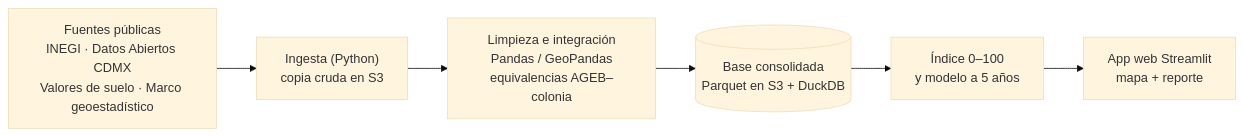
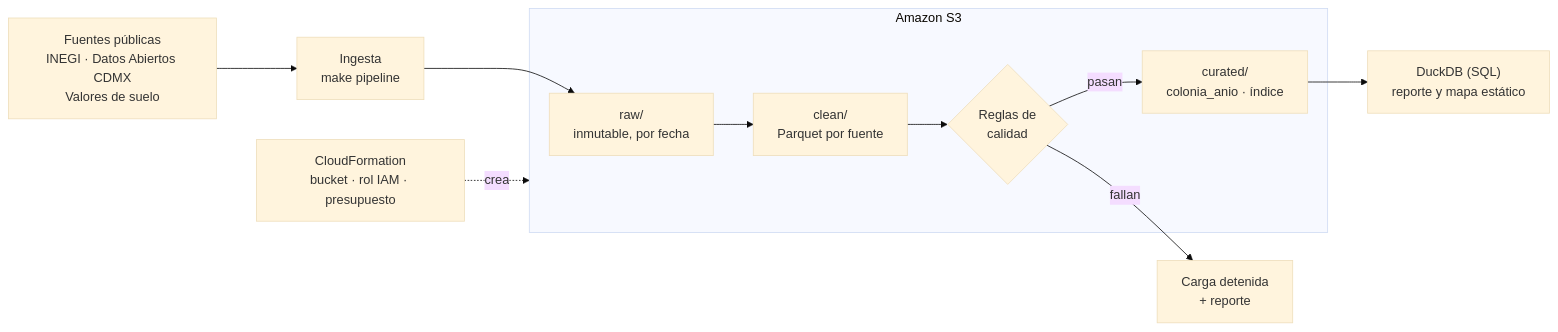
Before and after one commit to Recaclo/Temas_Selectos_Ingenieria_Equipo_4: the diagram in Doc/Consultoria/SOW.md, drawn with Mermaid (base theme). The commit also changed other lines of this file, not shown here.

````diff
--- a/Doc/Consultoria/SOW.md
+++ b/Doc/Consultoria/SOW.md
@@ -107,8 +139,13 @@
 ```mermaid
 flowchart LR
-    A["Fuentes públicas<br/>INEGI · Datos Abiertos CDMX<br/>Valores de suelo · Marco geoestadístico"] --> B["Ingesta (Python)<br/>copia cruda en S3"]
-    B --> C["Limpieza e integración<br/>Pandas / GeoPandas<br/>equivalencias AGEB–colonia"]
-    C --> D[("Base consolidada<br/>Parquet en S3 + DuckDB")]
-    D --> E["Índice 0–100<br/>y modelo a 5 años"]
-    E --> F["App web Streamlit<br/>mapa + reporte"]
+    CFN["CloudFormation<br/>bucket · rol IAM · presupuesto"] -.crea.-> S3
+    A["Fuentes públicas<br/>INEGI · Datos Abiertos CDMX<br/>Valores de suelo"] --> I["Ingesta<br/>make pipeline"]
+    subgraph S3["Amazon S3"]
+        R["raw/<br/>inmutable, por fecha"] --> C["clean/<br/>Parquet por fuente"]
+        C --> Q{"Reglas de<br/>calidad"}
+        Q -- pasan --> U["curated/<br/>colonia_anio · índice"]
+    end
+    I --> R
+    Q -- fallan --> X["Carga detenida<br/>+ reporte"]
+    U --> D["DuckDB (SQL)<br/>reporte y mapa estático"]
 ```
````
